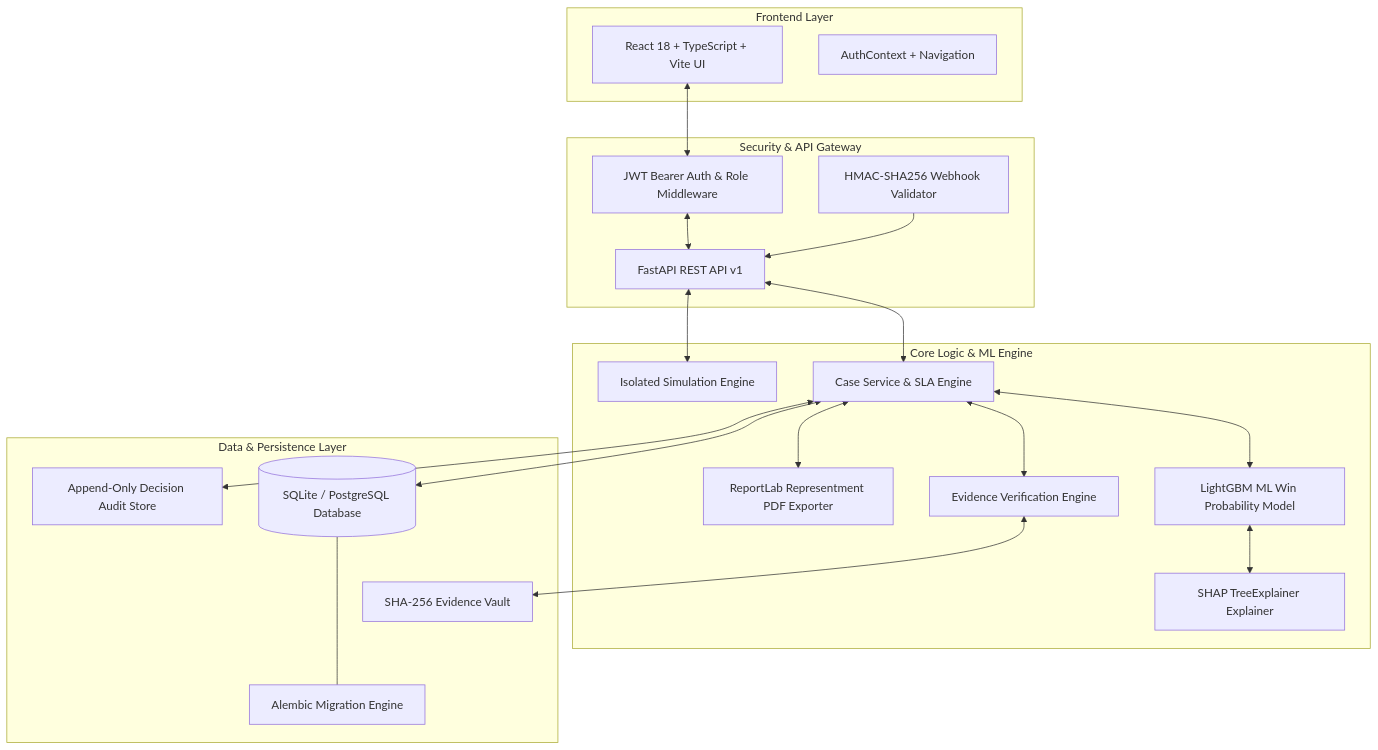
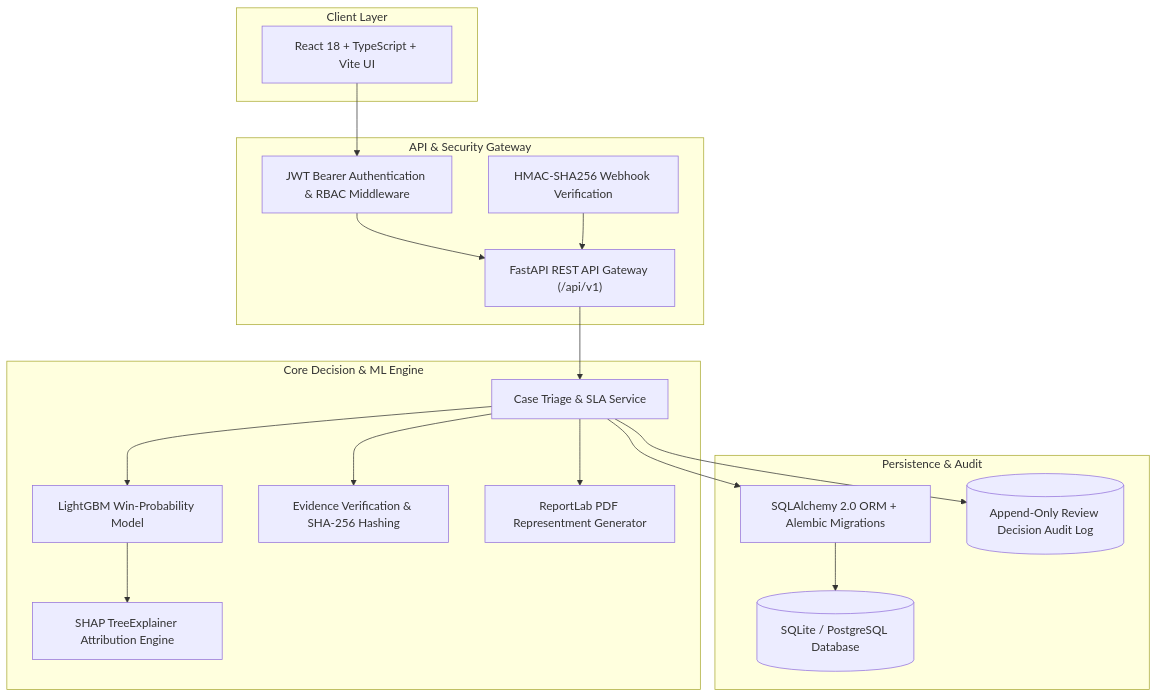
One commit to GANESHANCS/ChargeShield changed the first of 2 diagrams in README.md. Above: the diagram before and after it, drawn with Mermaid. The commit also changed other lines of this file and 1 other file, not shown here.

````diff
--- a/README.md
+++ b/README.md
@@ -90,43 +38,38 @@
 ```mermaid
 graph TD
-    subgraph Frontend Layer
-        UI[React 18 + TypeScript + Vite UI]
-        State[AuthContext + Navigation]
+    subgraph Client Layer
+        UI["React 18 + TypeScript + Vite UI"]
     end
 
-    subgraph Security & API Gateway
-        JWT[JWT Bearer Auth & Role Middleware]
-        Router[FastAPI REST API v1]
-        HMAC[HMAC-SHA256 Webhook Validator]
+    subgraph API & Security Gateway
+        Auth["JWT Bearer Authentication & RBAC Middleware"]
+        Router["FastAPI REST API Gateway (/api/v1)"]
+        Webhook["HMAC-SHA256 Webhook Verification"]
     end
 
-    subgraph Core Logic & ML Engine
-        CaseSvc[Case Service & SLA Engine]
-        ML[LightGBM ML Win Probability Model]
-        SHAP[SHAP TreeExplainer Explainer]
-        EvEngine[Evidence Verification Engine]
-        PDFEng[ReportLab Representment PDF Exporter]
-        SimEng[Isolated Simulation Engine]
+    subgraph Core Decision & ML Engine
+        CaseSvc["Case Triage & SLA Service"]
+        Model["LightGBM Win-Probability Model"]
+        SHAP["SHAP TreeExplainer Attribution Engine"]
+        EvEngine["Evidence Verification & SHA-256 Hashing"]
+        PDF["ReportLab PDF Representment Generator"]
     end
 
-    subgraph Data & Persistence Layer
-        DB[(SQLite / PostgreSQL Database)]
-        Alembic[Alembic Migration Engine]
-        AuditLog[Append-Only Decision Audit Store]
-        Vault[SHA-256 Evidence Vault]
+    subgraph Persistence & Audit
+        ORM["SQLAlchemy 2.0 ORM + Alembic Migrations"]
+        DB[("SQLite / PostgreSQL Database")]
+        Audit[("Append-Only Review Decision Audit Log")]
     end
 
-    UI <--> JWT
-    JWT <--> Router
-    HMAC --> Router
-    Router <--> CaseSvc
-    CaseSvc <--> ML
-    ML <--> SHAP
-    CaseSvc <--> EvEngine
-    CaseSvc <--> PDFEng
-    Router <--> SimEng
-    CaseSvc <--> DB
-    EvEngine <--> Vault
-    CaseSvc <--> AuditLog
-    DB <--- Alembic
+    UI --> Auth
+    Auth --> Router
+    Webhook --> Router
+    Router --> CaseSvc
+    CaseSvc --> Model
+    Model --> SHAP
+    CaseSvc --> EvEngine
+    CaseSvc --> PDF
+    CaseSvc --> ORM
+    ORM --> DB
+    CaseSvc --> Audit
 ```
````
